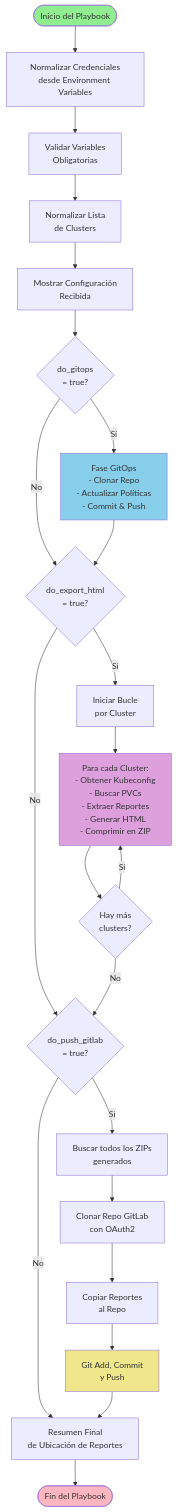
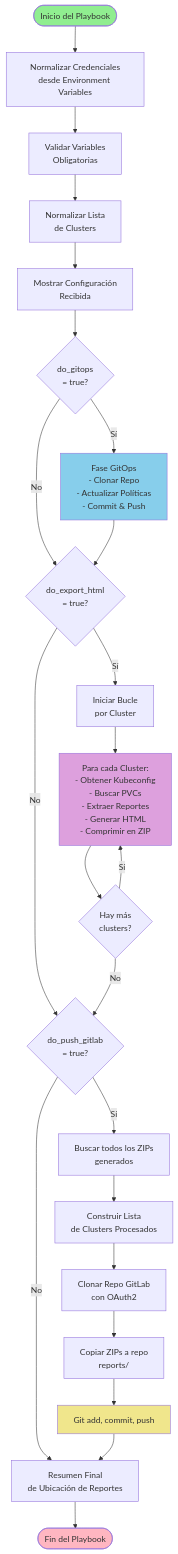
The diagram in README.md (Snakerrrr/ansible-ocp-compliance), drawn with Mermaid before and after one commit. The commit also changed other lines of this file and 7 other files, not shown here.

````diff
--- a/README.md
+++ b/README.md
@@ -271,36 +256,37 @@
 ```mermaid
 flowchart TD
     Start([Inicio del Playbook]) --> Normalize[Normalizar Credenciales<br/>desde Environment Variables]
     Normalize --> Validate[Validar Variables<br/>Obligatorias]
     Validate --> NormalizeData[Normalizar Lista<br/>de Clusters]
     NormalizeData --> Debug[Mostrar Configuración<br/>Recibida]
     
     Debug --> CheckGitOps{do_gitops<br/>= true?}
     CheckGitOps -->|Sí| GitOps[Fase GitOps<br/>- Clonar Repo<br/>- Actualizar Políticas<br/>- Commit & Push]
     CheckGitOps -->|No| CheckExport
     GitOps --> CheckExport{do_export_html<br/>= true?}
     
     CheckExport -->|Sí| LoopStart[Iniciar Bucle<br/>por Cluster]
     CheckExport -->|No| CheckGitLab
-    
+
     LoopStart --> ForEach[Para cada Cluster:<br/>- Obtener Kubeconfig<br/>- Buscar PVCs<br/>- Extraer Reportes<br/>- Generar HTML<br/>- Comprimir en ZIP]
     ForEach --> NextCluster{Hay más<br/>clusters?}
     NextCluster -->|Sí| ForEach
     NextCluster -->|No| CheckGitLab
-    
+
     CheckGitLab{do_push_gitlab<br/>= true?}
     CheckGitLab -->|Sí| FindZips[Buscar todos los ZIPs<br/>generados]
     CheckGitLab -->|No| Summary
-    FindZips --> CloneRepo[Clonar Repo GitLab<br/>con OAuth2]
-    CloneRepo --> CopyReports[Copiar Reportes<br/>al Repo]
-    CopyReports --> GitCommit[Git Add, Commit<br/>y Push]
+    FindZips --> BuildList[Construir Lista<br/>de Clusters Procesados]
+    BuildList --> CloneRepo[Clonar Repo GitLab<br/>con OAuth2]
+    CloneRepo --> CopyReports[Copiar ZIPs a repo<br/>reports/]
+    CopyReports --> GitCommit[Git add, commit, push]
     GitCommit --> Summary
     
     Summary[Resumen Final<br/>de Ubicación de Reportes] --> End([Fin del Playbook])
-    
+
     style Start fill:#90EE90
     style End fill:#FFB6C1
     style GitOps fill:#87CEEB
     style ForEach fill:#DDA0DD
     style GitCommit fill:#F0E68C
 ```
````
